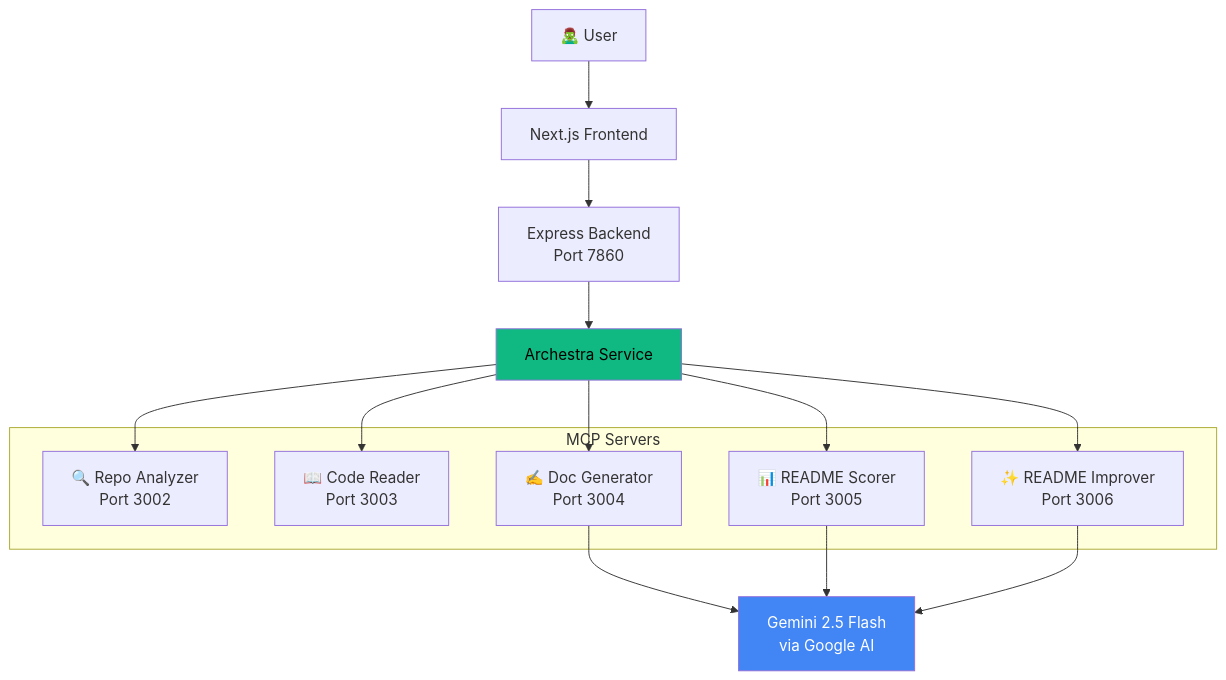
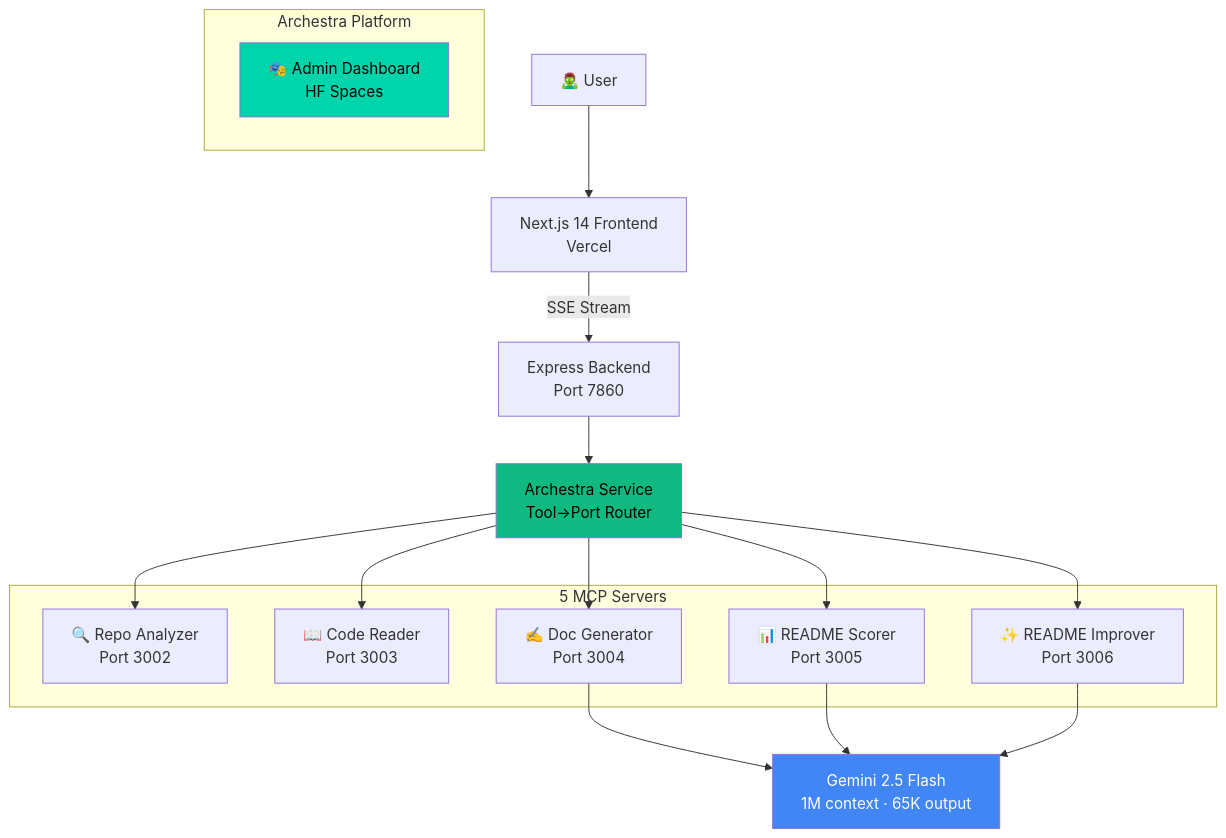
Before and after one commit to yadnyeshkolte/readmere: the diagram in README.md, drawn with Mermaid. The commit also changed other lines of this file and 13 other files, not shown here.

````diff
--- a/README.md
+++ b/README.md
@@ -27,27 +95,30 @@
 ```mermaid
 graph TB
-    User[🧟‍♂️ User] --> Frontend[Next.js Frontend]
-    Frontend --> Backend[Express Backend<br/>Port 7860]
-    Backend --> Archestra[Archestra Service]
+    User[🧟‍♂️ User] --> Frontend[Next.js 14 Frontend<br/>Vercel]
+    Frontend --> |SSE Stream| Backend[Express Backend<br/>Port 7860]
+    Backend --> Archestra[Archestra Service<br/>Tool→Port Router]
     
-    subgraph "MCP Servers"
+    subgraph "5 MCP Servers"
         RA[🔍 Repo Analyzer<br/>Port 3002]
         CR[📖 Code Reader<br/>Port 3003]
         DG[✍️ Doc Generator<br/>Port 3004]
         RS[📊 README Scorer<br/>Port 3005]
         RI[✨ README Improver<br/>Port 3006]
     end
     
     Archestra --> RA
     Archestra --> CR
     Archestra --> DG
     Archestra --> RS
     Archestra --> RI
     
-    DG --> Gemini[Gemini 2.5 Flash<br/>via Google AI]
-    RS --> Gemini
-    RI --> Gemini
+    DG & RS & RI --> Gemini[Gemini 2.5 Flash<br/>1M context · 65K output]
+    
+    subgraph "Archestra Platform"
+        AP[🎭 Admin Dashboard<br/>HF Spaces]
+    end
     
     style Archestra fill:#10b981,color:#000
     style Gemini fill:#4285F4,color:#fff
+    style AP fill:#00d4aa,color:#000
 ```
````
